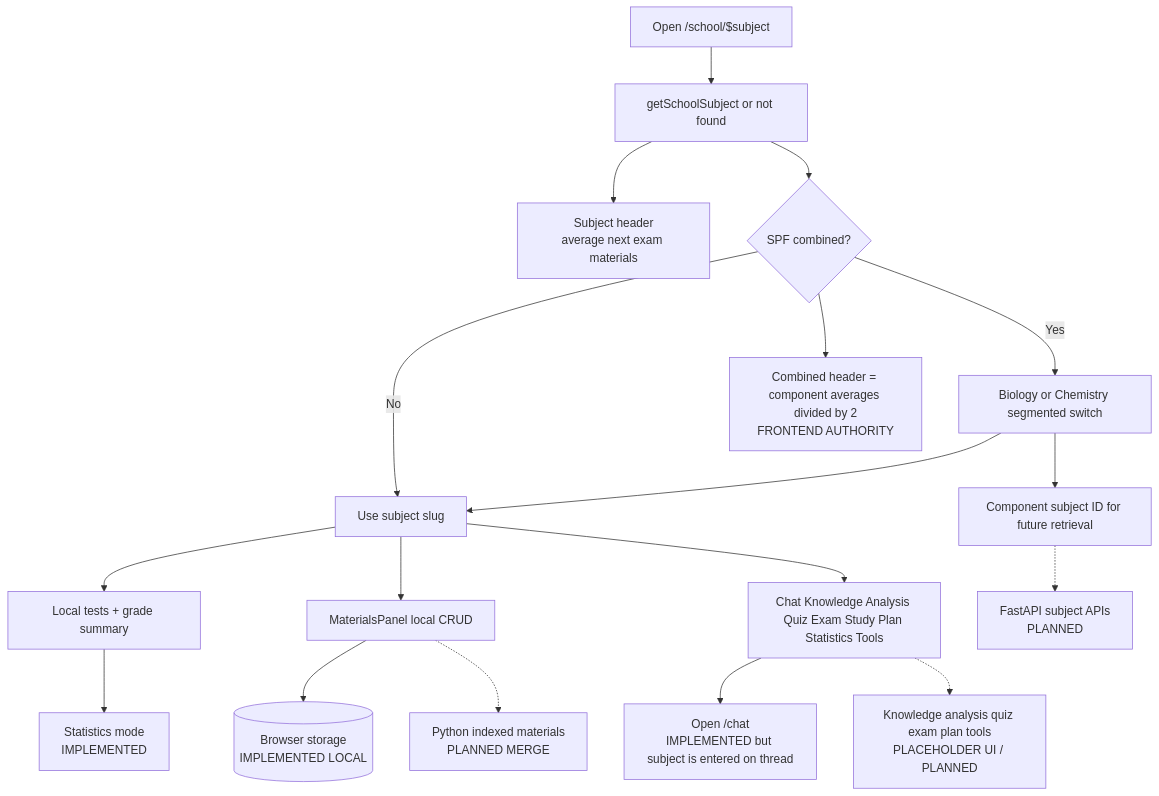
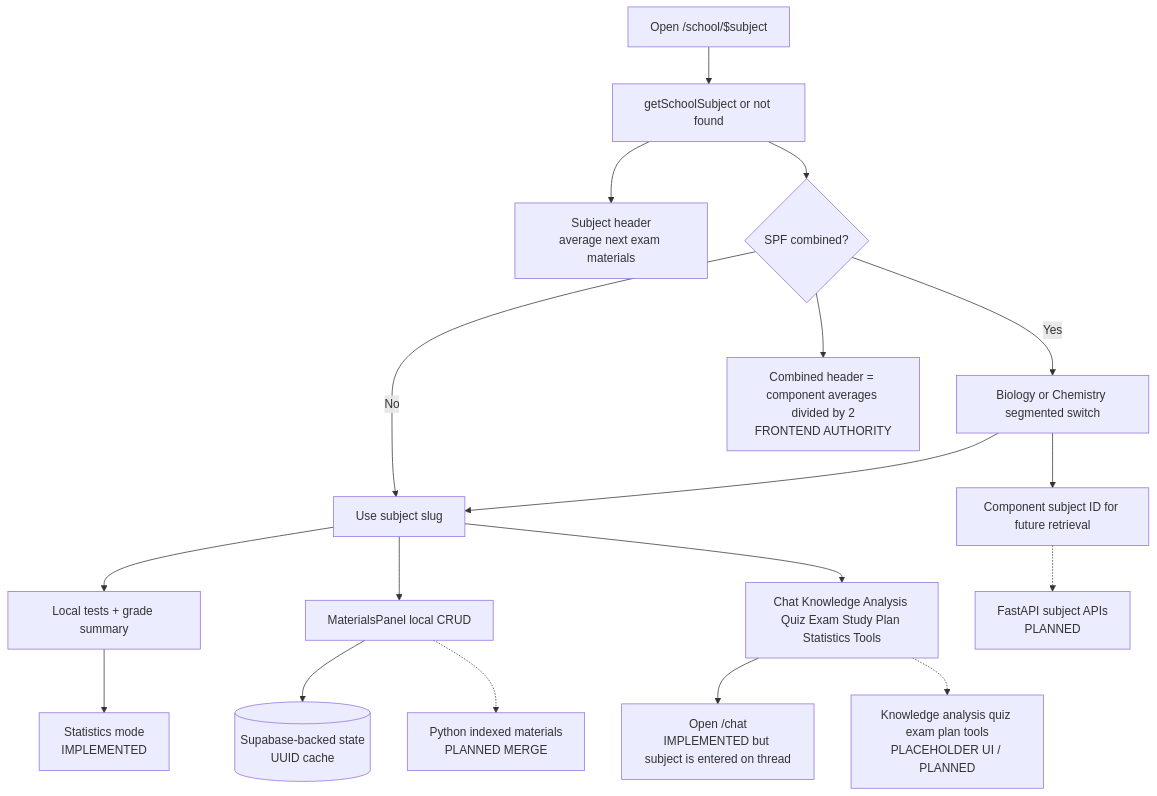
The eighth of 15 diagrams in lovabledocs/FULL_APP_WIREFRAMES.md (keyshavmor/study-swiss-star), drawn with Mermaid before and after one commit. The commit also changed other lines of this file and 118 other files, not shown here.

````diff
--- a/lovabledocs/FULL_APP_WIREFRAMES.md
+++ b/lovabledocs/FULL_APP_WIREFRAMES.md
@@ -241,20 +242,20 @@
 ```mermaid
 flowchart TD
   Route[Open /school/$subject] --> Lookup[getSchoolSubject or not found]
   Lookup --> Header[Subject header\naverage next exam materials]
   Lookup --> Components{SPF combined?}
   Components -->|No| Active[Use subject slug]
   Components -->|Yes| Toggle[Biology or Chemistry segmented switch]
   Toggle --> Active
   Active --> Grades[Local tests + grade summary]
   Active --> Materials[MaterialsPanel local CRUD]
   Active --> Modes[Chat Knowledge Analysis Quiz Exam Study Plan Statistics Tools]
   Grades --> Stats[Statistics mode\nIMPLEMENTED]
   Modes --> Chat[Open /chat\nIMPLEMENTED but subject is entered on thread]
   Modes -.-> Future[Knowledge analysis quiz exam plan tools\nPLACEHOLDER UI / PLANNED]
-  Materials --> Local[(Browser storage\nIMPLEMENTED LOCAL)]
+  Materials --> Local[(Supabase-backed state\nUUID cache)]
   Materials -.-> Indexed[Python indexed materials\nPLANNED MERGE]
   Toggle --> Scope[Component subject ID for future retrieval]
   Scope -.-> Python[FastAPI subject APIs\nPLANNED]
   Components --> Formula[Combined header = component averages divided by 2\nFRONTEND AUTHORITY]
 ```
````
